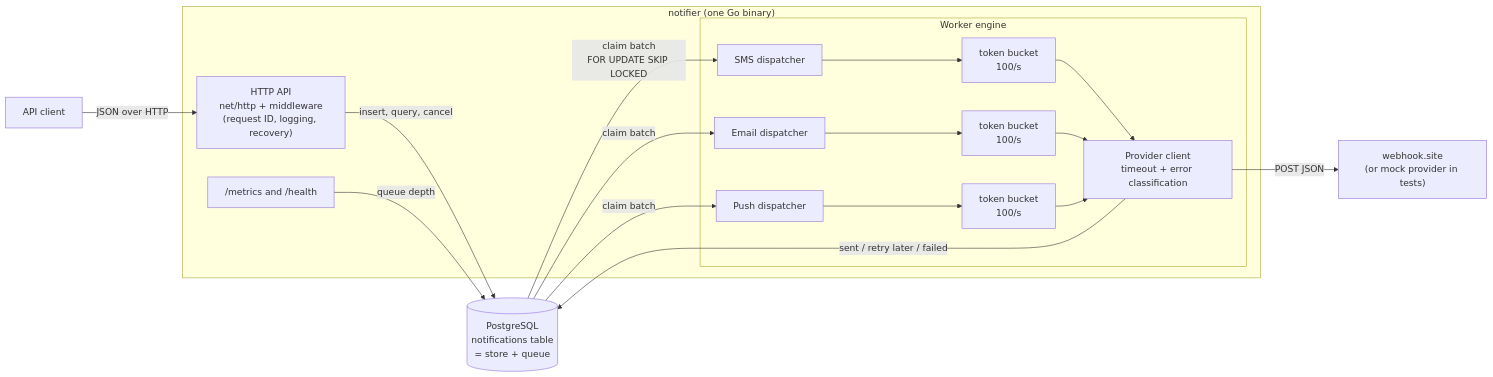
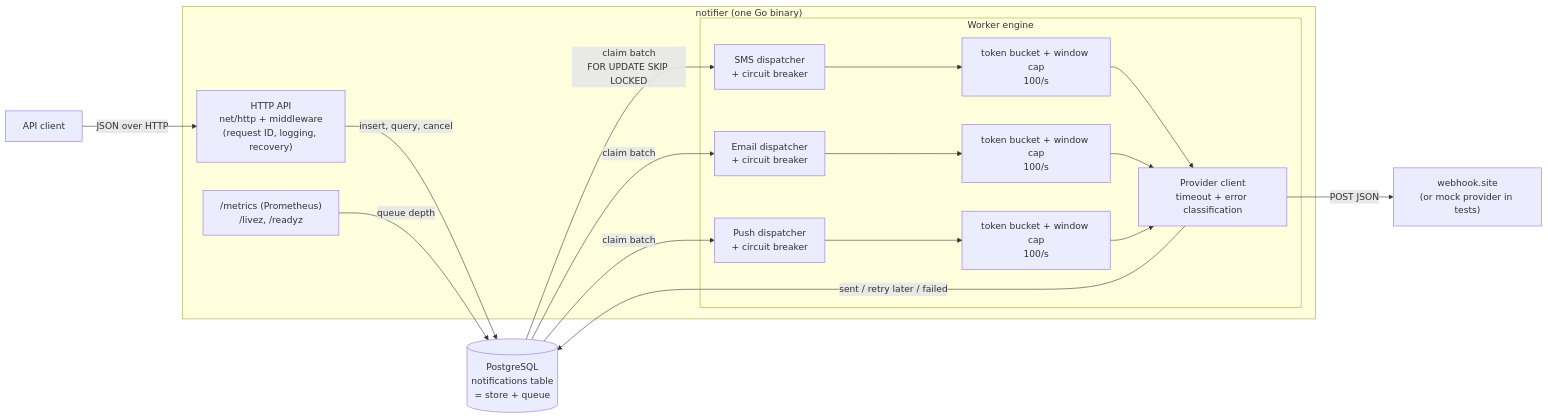
Before and after one commit to kaanismen/event-driven-notification-system: the first of 2 diagrams in docs/architecture.md, drawn with Mermaid. The commit also changed other lines of this file and 3 other files, not shown here.

````diff
--- a/docs/architecture.md
+++ b/docs/architecture.md
@@ -12,26 +12,26 @@
 ```mermaid
 flowchart LR
     Client[API client] -->|JSON over HTTP| API
 
     subgraph App["notifier (one Go binary)"]
         API["HTTP API<br/>net/http + middleware<br/>(request ID, logging, recovery)"]
-        Obs["/metrics and /health"]
+        Obs["/metrics (Prometheus)<br/>/livez, /readyz"]
         subgraph Engine["Worker engine"]
-            DS["SMS dispatcher"] --> LS["token bucket<br/>100/s"]
-            DE["Email dispatcher"] --> LE["token bucket<br/>100/s"]
-            DP["Push dispatcher"] --> LP["token bucket<br/>100/s"]
+            DS["SMS dispatcher<br/>+ circuit breaker"] --> LS["token bucket + window cap<br/>100/s"]
+            DE["Email dispatcher<br/>+ circuit breaker"] --> LE["token bucket + window cap<br/>100/s"]
+            DP["Push dispatcher<br/>+ circuit breaker"] --> LP["token bucket + window cap<br/>100/s"]
             LS --> PC
             LE --> PC
             LP --> PC
             PC["Provider client<br/>timeout + error classification"]
         end
     end
 
     API -->|insert, query, cancel| DB[("PostgreSQL<br/>notifications table<br/>= store + queue")]
     DB -->|claim batch<br/>FOR UPDATE SKIP LOCKED| DS
     DB -->|claim batch| DE
     DB -->|claim batch| DP
     PC -->|POST JSON| Prov["webhook.site<br/>(or mock provider in tests)"]
     PC -->|sent / retry later / failed| DB
     Obs -->|queue depth| DB
 ```
````
